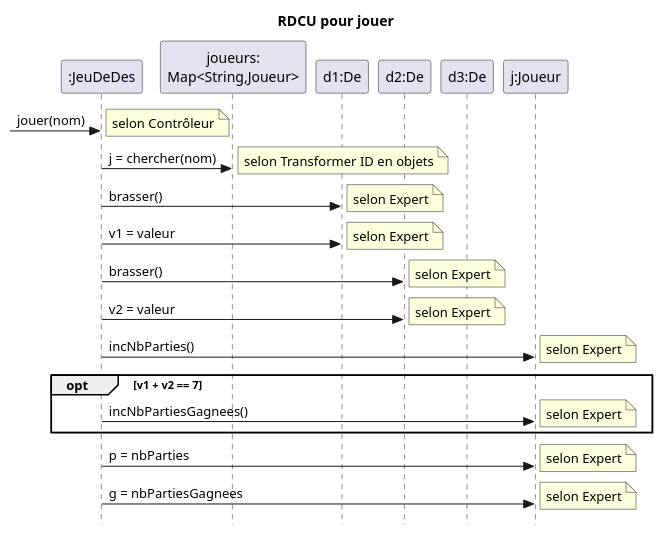
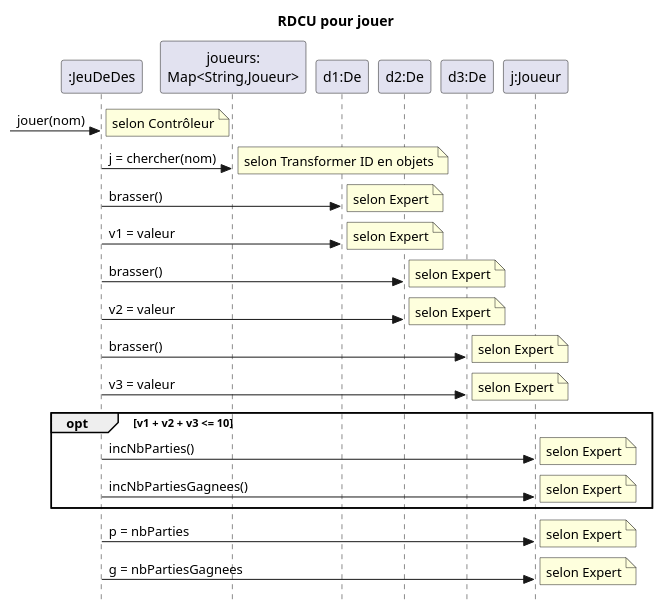
Before and after one commit to charlcl180/s20223-log210-01-lab00-charlcl180-main: the diagram in s20223-log210-01-lab00-charlcl180-main/docs/modeles/rdcu-jouer.puml, drawn with PlantUML. The commit also changed 10 other files, not shown here.

```diff
--- a/s20223-log210-01-lab00-charlcl180-main/docs/modeles/rdcu-jouer.puml
+++ b/s20223-log210-01-lab00-charlcl180-main/docs/modeles/rdcu-jouer.puml
@@ -1,33 +1,37 @@
 @startuml
 skinparam style strictuml
 skinparam defaultfontname Verdana
 title RDCU pour jouer
 participant ":JeuDeDes" as c
 participant "joueurs:\nMap<String,Joueur>" as jm
 participant "d1:De" as d1
 participant "d2:De" as d2
 participant "d3:De" as d3
 participant "j:Joueur" as j
 ->c : jouer(nom)
 note right : selon Contrôleur
 c->jm : j = chercher(nom)
 note right : selon Transformer ID en objets
 c->d1 : brasser()
 note right : selon Expert
 c->d1 : v1 = valeur
 note right : selon Expert
 c->d2 : brasser()
 note right : selon Expert
 c->d2 : v2 = valeur
 note right : selon Expert
+c->d3 : brasser()
+note right : selon Expert
+c->d3 : v3 = valeur
+note right : selon Expert
+opt v1 + v2 + v3 <= 10
 c->j : incNbParties()
 note right : selon Expert
-opt v1 + v2 == 7
-  c->j : incNbPartiesGagnees()
-  note right : selon Expert
+c->j : incNbPartiesGagnees()
+note right : selon Expert
 end opt
 c->j : p = nbParties
 note right : selon Expert
 c->j : g = nbPartiesGagnees
 note right : selon Expert
 @enduml
```
